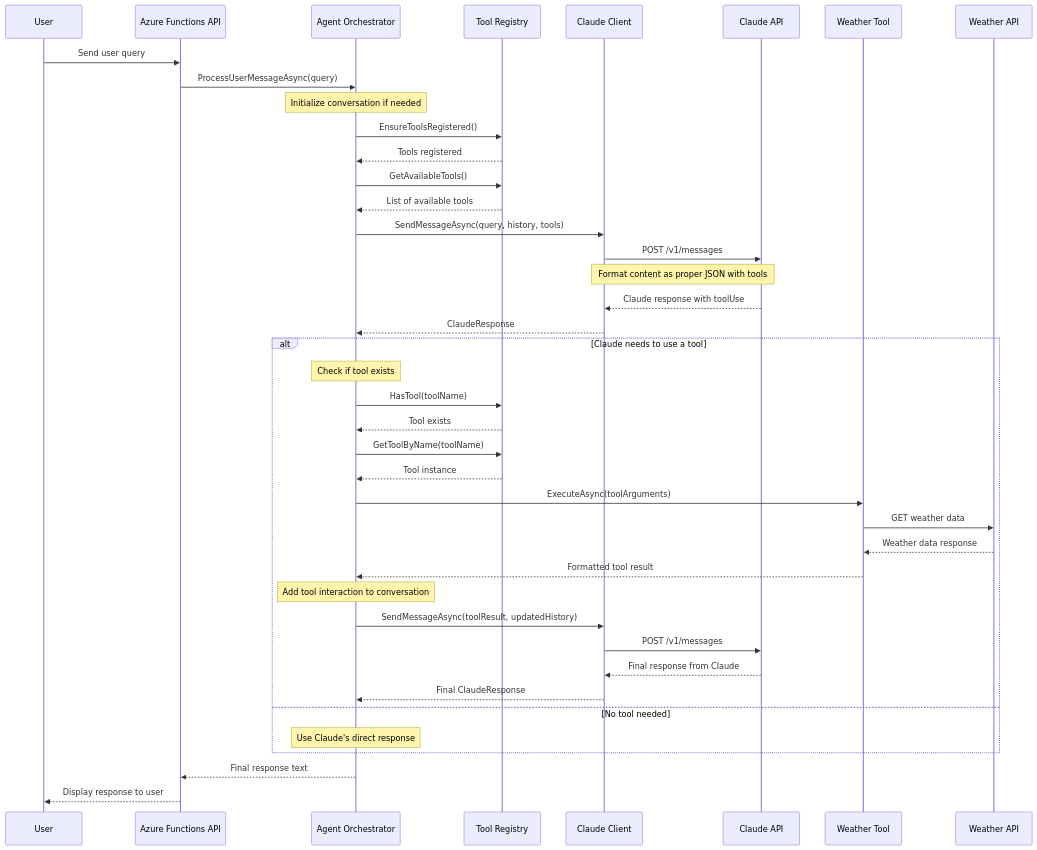
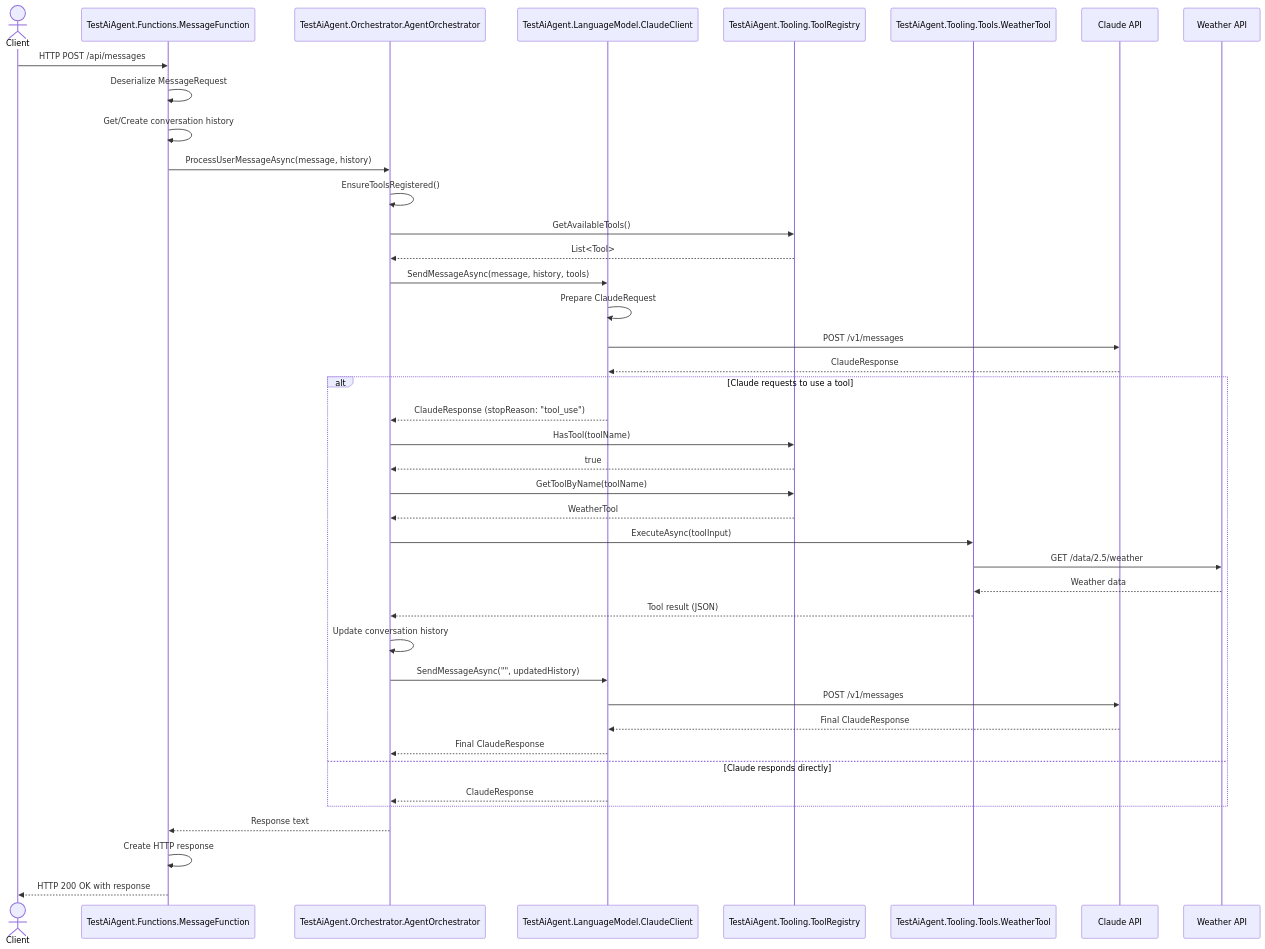
One commit to sebharvey/AgenticAI changed the second of 2 diagrams in README.md. Above: the diagram before and after it, drawn with Mermaid.

Commit message:
Updated sequence flow diagrams

````diff
--- a/README.md
+++ b/README.md
@@ -69,56 +69,59 @@
 ```mermaid
 sequenceDiagram
-    participant User
-    participant API as Azure Functions API
-    participant Orchestrator as Agent Orchestrator
-    participant Registry as Tool Registry
-    participant Claude as Claude Client
-    participant ClaudeAPI as Claude API
-    participant Weather as Weather Tool
-    participant WeatherAPI as Weather API
+    actor Client
+    participant MF as TestAiAgent.Functions.MessageFunction
+    participant AO as TestAiAgent.Orchestrator.AgentOrchestrator
+    participant CC as TestAiAgent.LanguageModel.ClaudeClient
+    participant TR as TestAiAgent.Tooling.ToolRegistry
+    participant WT as TestAiAgent.Tooling.Tools.WeatherTool
+    participant Claude as Claude API
+    participant Weather as Weather API
     
-    User->>API: Send user query
-    API->>Orchestrator: ProcessUserMessageAsync(query)
+    Client->>MF: HTTP POST /api/messages
     
-    Note over Orchestrator: Initialize conversation if needed
+    MF->>MF: Deserialize MessageRequest
+    MF->>MF: Get/Create conversation history
     
-    Orchestrator->>Registry: EnsureToolsRegistered()
-    Registry-->>Orchestrator: Tools registered
+    MF->>AO: ProcessUserMessageAsync(message, history)
     
-    Orchestrator->>Registry: GetAvailableTools()
-    Registry-->>Orchestrator: List of available tools
+    AO->>AO: EnsureToolsRegistered()
+    AO->>TR: GetAvailableTools()
+    TR-->>AO: List<Tool>
     
-    Orchestrator->>Claude: SendMessageAsync(query, history, tools)
-    Claude->>ClaudeAPI: POST /v1/messages
+    AO->>CC: SendMessageAsync(message, history, tools)
     
-    Note over Claude,ClaudeAPI: Format content as proper JSON with tools
+    CC->>CC: Prepare ClaudeRequest
+    CC->>Claude: POST /v1/messages
+    Claude-->>CC: ClaudeResponse
     
-    ClaudeAPI-->>Claude: Claude response with toolUse
-    Claude-->>Orchestrator: ClaudeResponse
-    
-    alt Claude needs to use a tool
-        Note over Orchestrator: Check if tool exists
-        Orchestrator->>Registry: HasTool(toolName)
-        Registry-->>Orchestrator: Tool exists
+    alt Claude requests to use a tool
+        CC-->>AO: ClaudeResponse (stopReason: "tool_use")
         
-        Orchestrator->>Registry: GetToolByName(toolName)
-        Registry-->>Orchestrator: Tool instance
+        AO->>TR: HasTool(toolName)
+        TR-->>AO: true
         
-        Orchestrator->>Weather: ExecuteAsync(toolArguments)
-        Weather->>WeatherAPI: GET weather data
-        WeatherAPI-->>Weather: Weather data response
-        Weather-->>Orchestrator: Formatted tool result
+        AO->>TR: GetToolByName(toolName)
+        TR-->>AO: WeatherTool
         
-        Note over Orchestrator: Add tool interaction to conversation
+        AO->>WT: ExecuteAsync(toolInput)
         
-        Orchestrator->>Claude: SendMessageAsync(toolResult, updatedHistory)
-        Claude->>ClaudeAPI: POST /v1/messages
-        ClaudeAPI-->>Claude: Final response from Claude
-        Claude-->>Orchestrator: Final ClaudeResponse
-    else No tool needed
-        Note over Orchestrator: Use Claude's direct response
+        WT->>Weather: GET /data/2.5/weather
+        Weather-->>WT: Weather data
+        
+        WT-->>AO: Tool result (JSON)
+        
+        AO->>AO: Update conversation history
+        
+        AO->>CC: SendMessageAsync("", updatedHistory)
+        CC->>Claude: POST /v1/messages
+        Claude-->>CC: Final ClaudeResponse
+        CC-->>AO: Final ClaudeResponse
+    else Claude responds directly
+        CC-->>AO: ClaudeResponse
     end
     
-    Orchestrator-->>API: Final response text
-    API-->>User: Display response to user
+    AO-->>MF: Response text
+    
+    MF->>MF: Create HTTP response
+    MF-->>Client: HTTP 200 OK with response
 ```
````
